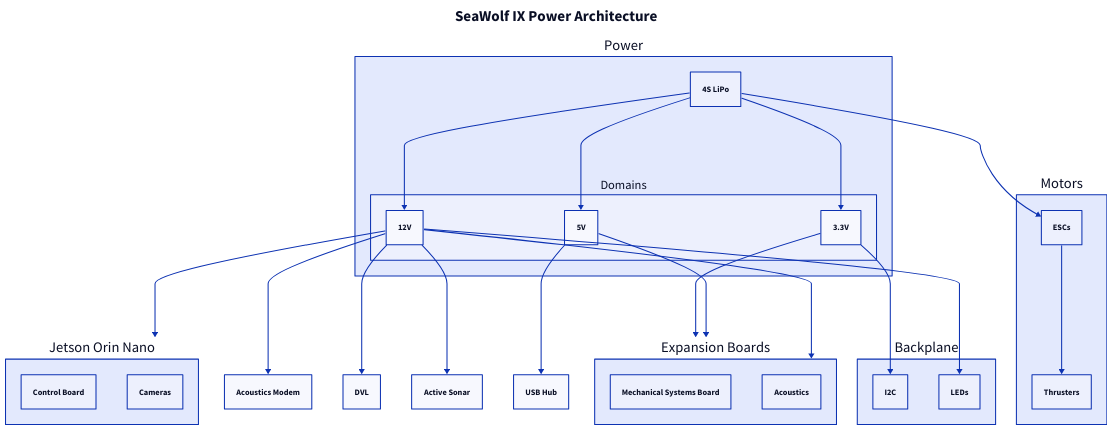
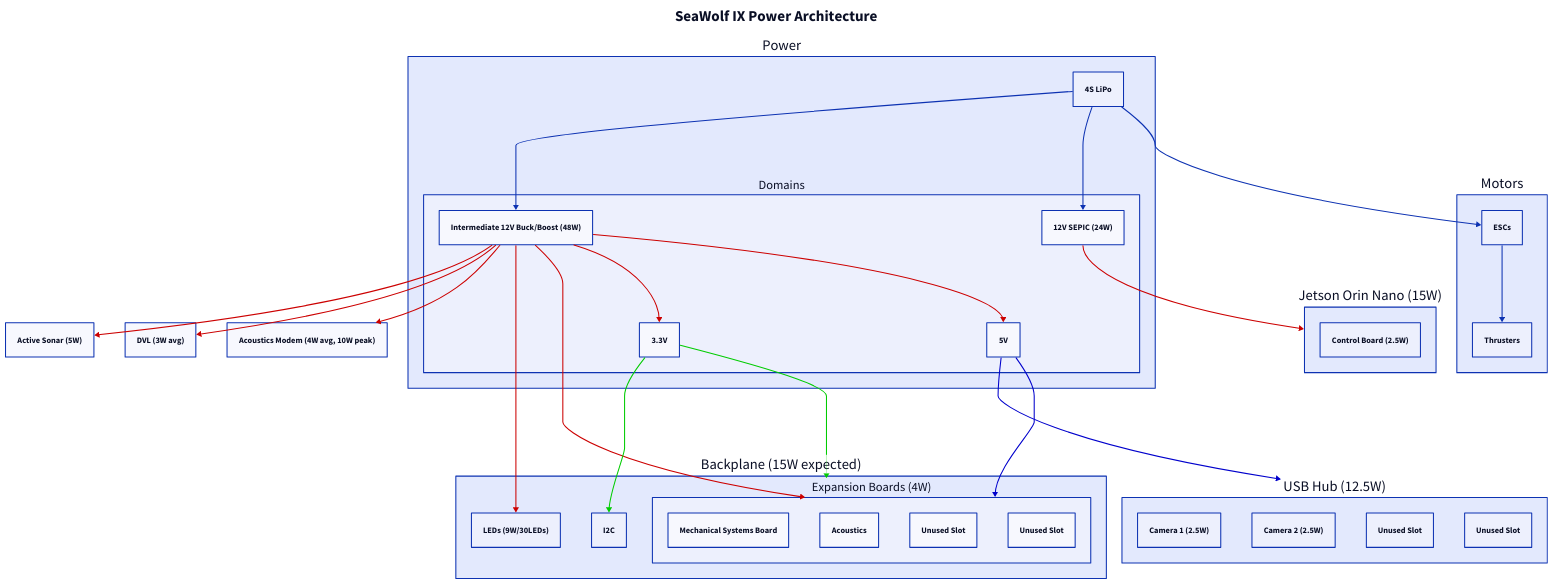
The diagram in docs/electrical/sysdesign/sw9_pwr_architecture.d2 (ncsurobotics/SW9-Documentation), drawn with D2 before and after one commit. The commit also changed 4 other files, not shown here.

Commit message:
add diagrams for sys, pwr and backplane architectures

```diff
--- a/docs/electrical/sysdesign/sw9_pwr_architecture.d2
+++ b/docs/electrical/sysdesign/sw9_pwr_architecture.d2
@@ -1,62 +1,78 @@
+classes: {
+  RED: {style.stroke: "#c00"}
+  GREEN: {style.stroke: "#0c0"}
+  BLUE: {style.stroke: "#00c"}
+
+}
+
 title: SeaWolf IX Power Architecture {
   near: top-center
   shape: text
   style: {
     font-size: 29
     bold: true
   }
 }
 
 power: Power {
   battery: 4S LiPo
   domains: Domains {
-    twelve: 12V
+    twelve: 12V SEPIC (24W)
+    intermediate: Intermediate 12V Buck/Boost (48W)
     five: 5V
     three: 3.3V
   }
 }
 
 locomotion: Motors {
   esc: ESCs
   thrusters: Thrusters
 }
 
-ex: Expansion Boards {
-  msys: Mechanical Systems Board
-  ac: Acoustics
+orin: Jetson Orin Nano (15W) {
+  ctrl: Control Board (2.5W)
 }
 
-orin: Jetson Orin Nano {
-  ctrl: Control Board
-  cam: Cameras
+usb: USB Hub (12.5W) {
+  cam1: Camera 1 (2.5W)
+  cam2: Camera 2 (2.5W)
+  unused1: Unused Slot
+  unused2: Unused Slot
 }
 
-backplane: Backplane {
+
+backplane: Backplane (15W expected) {
   i2c: I2C
-  lights: LEDs
+  lights: LEDs (9W/30LEDs)
+  ex: Expansion Boards (4W) {
+    msys: Mechanical Systems Board
+    ac: Acoustics
+    extra1: Unused Slot
+    extra2: Unused Slot
+  }
 }
 
-acModem: Acoustics Modem
-dvl: DVL
-sonar: Active Sonar
-usb: USB Hub
+acModem: Acoustics Modem (4W avg, 10W peak)
+dvl: DVL (3W avg)
+sonar: Active Sonar (5W)
 
 power.battery -> locomotion.esc
 locomotion.esc -> locomotion.thrusters
 
 power.battery -> power.domains.twelve
-power.battery -> power.domains.five
-power.battery -> power.domains.three
+power.battery -> power.domains.intermediate
+power.domains.intermediate -> power.domains.five {class: RED}
+power.domains.intermediate -> power.domains.three {class: RED}
 
-power.domains.twelve -> orin
-power.domains.twelve -> ex
-power.domains.twelve -> backplane.lights
-power.domains.twelve -> acModem
-power.domains.twelve -> dvl
-power.domains.twelve -> sonar
+power.domains.twelve -> orin {class: RED}
+power.domains.intermediate -> backplane.ex {class: RED}
+power.domains.intermediate -> backplane.lights {class: RED}
+power.domains.intermediate -> acModem {class: RED}
+power.domains.intermediate -> dvl {class: RED}
+power.domains.intermediate -> sonar {class: RED}
 
-power.domains.five -> ex
-power.domains.five -> usb
+power.domains.five -> backplane.ex {class: BLUE}
+power.domains.five -> usb {class: BLUE}
 
-power.domains.three -> ex
-power.domains.three -> backplane.i2c
+power.domains.three -> backplane.ex {class: GREEN}
+power.domains.three -> backplane.i2c {class: GREEN}
```
